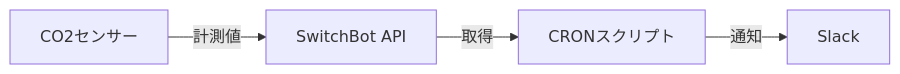
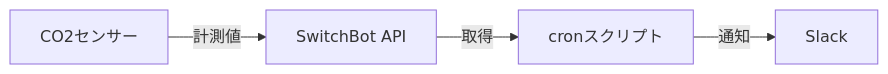
Before and after one commit to FukeKazki/fukke-zenn-contents: the diagram in articles/fe6c5249e35f51.md, drawn with Mermaid. The commit also changed other lines of this file, not shown here.

````diff
--- a/articles/fe6c5249e35f51.md
+++ b/articles/fe6c5249e35f51.md
@@ -35,6 +36,6 @@
 ```mermaid
 flowchart LR
   Sensor[CO2センサー] -- 計測値 --> API[SwitchBot API]
-  API -- 取得 --> Cron[CRONスクリプト]
+  API -- 取得 --> Cron[cronスクリプト]
   Cron -- 通知 --> Slack[Slack]
 ```
````
